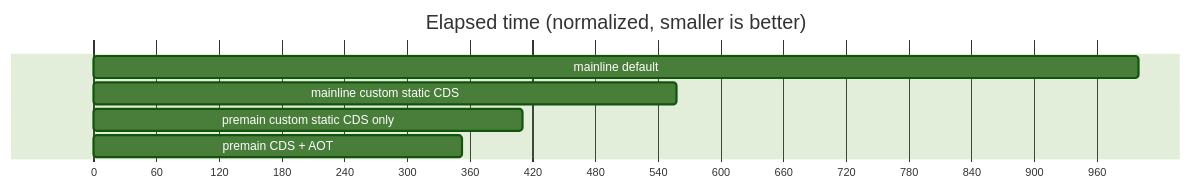
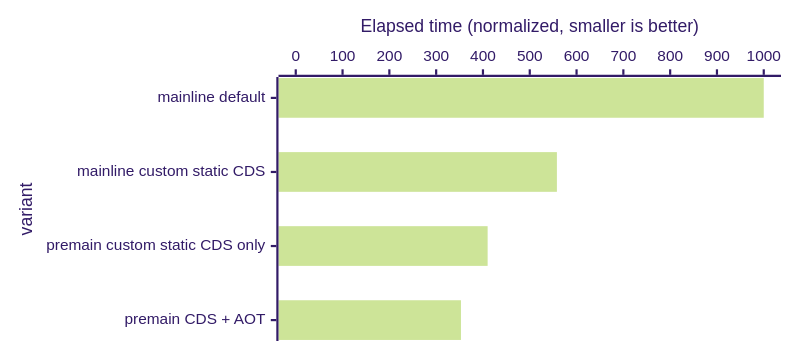
Before and after one commit to openjdk/leyden: the second of 4 diagrams in README.md, drawn with Mermaid (forest theme). The commit also changed other lines of this file and 1 other file, not shown here.

Commit message:
Editorial changes to README, plus better mermaid format from lujaniuk

````diff
--- a/README.md
+++ b/README.md
@@ -380,12 +398,12 @@
 ```mermaid
-gantt
-    title Elapsed time (normalized, smaller is better)
-    todayMarker off
-    dateFormat  X
-    axisFormat %s
-
-    mainline default   : 0, 1000
-    mainline custom static CDS   : 0, 558
-    premain custom static CDS only   : 0, 410
-    premain CDS + AOT   : 0, 353
+---
+config:
+    xyChart:
+        chartOrientation: horizontal
+        height: 300
+---
+xychart-beta
+    x-axis "variant" ["mainline default", "mainline custom static CDS", "premain custom static CDS only", "premain CDS + AOT"]
+    y-axis "Elapsed time (normalized, smaller is better)" 0 --> 1000
+    bar [1000, 558, 410, 353]
 ```
````
